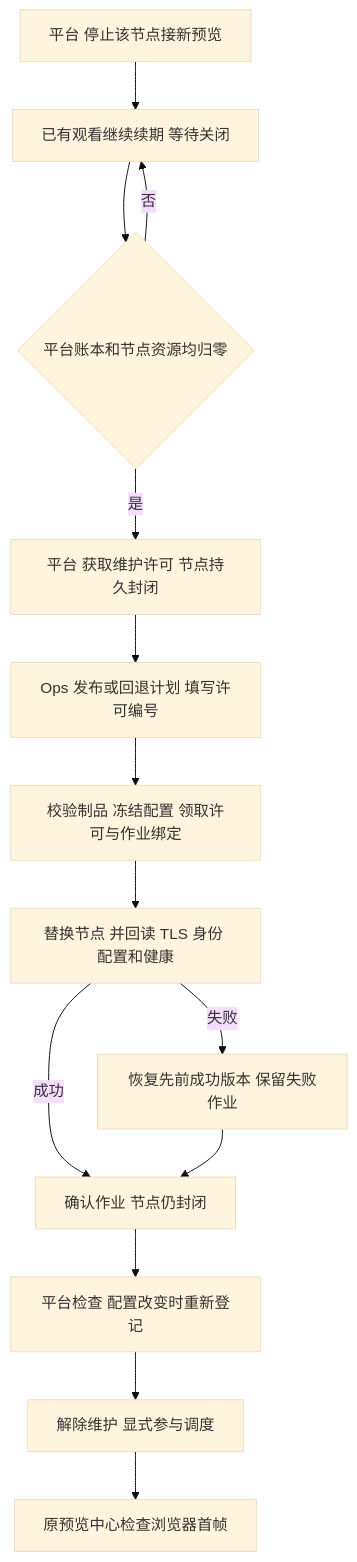
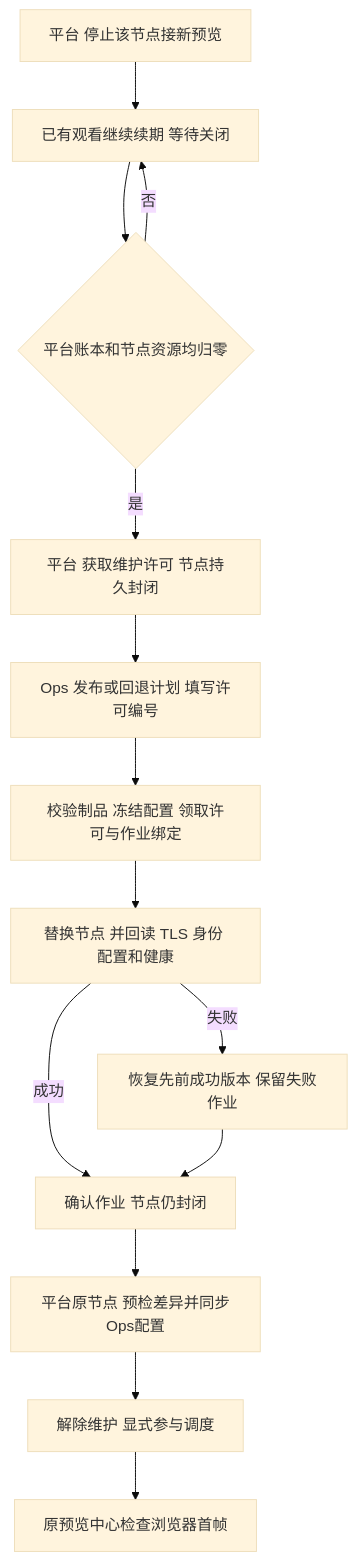
One commit to flycodeu/StreamFusion-AI changed the diagram in operations/preview-nodes.md. Above: the diagram before and after it, drawn with Mermaid (base theme). The commit also changed other lines of this file and 117 other files, not shown here.

````diff
--- a/operations/preview-nodes.md
+++ b/operations/preview-nodes.md
@@ -24,16 +24,16 @@
 ```mermaid
 flowchart TD
   A[平台 停止该节点接新预览] --> B[已有观看继续续期 等待关闭]
   B --> C{平台账本和节点资源均归零}
   C -->|否| B
   C -->|是| D[平台 获取维护许可 节点持久封闭]
   D --> E[Ops 发布或回退计划 填写许可编号]
   E --> F[校验制品 冻结配置 领取许可与作业绑定]
   F --> G[替换节点 并回读 TLS 身份 配置和健康]
   G -->|失败| H[恢复先前成功版本 保留失败作业]
   G -->|成功| I[确认作业 节点仍封闭]
   H --> I
-  I --> J[平台检查 配置改变时重新登记]
+  I --> J[平台原节点 预检差异并同步Ops配置]
   J --> K[解除维护 显式参与调度]
   K --> L[原预览中心检查浏览器首帧]
 ```
````
